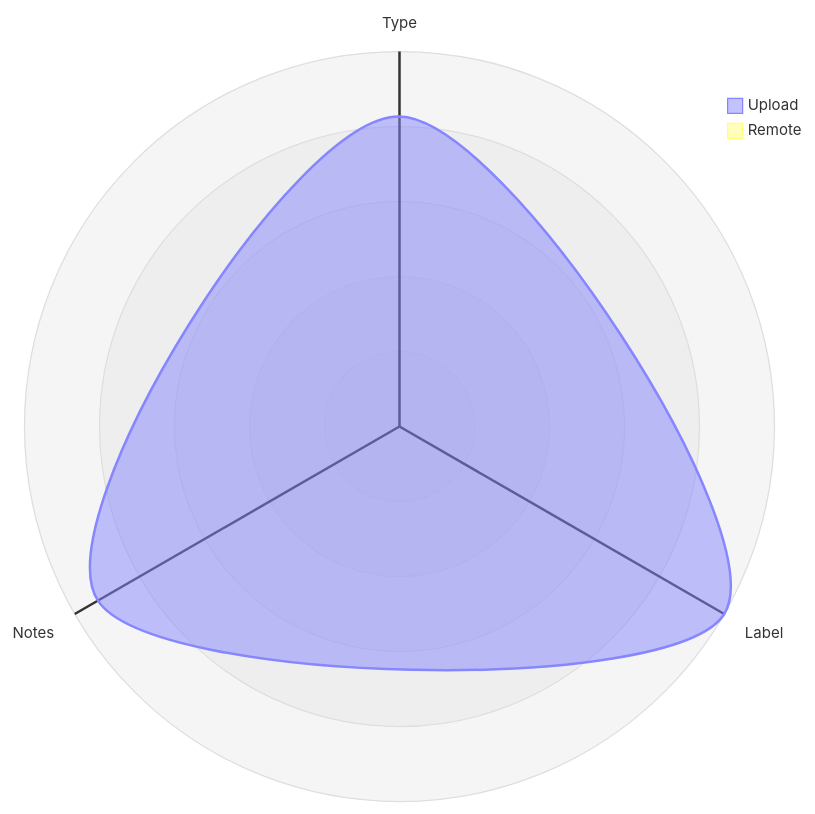
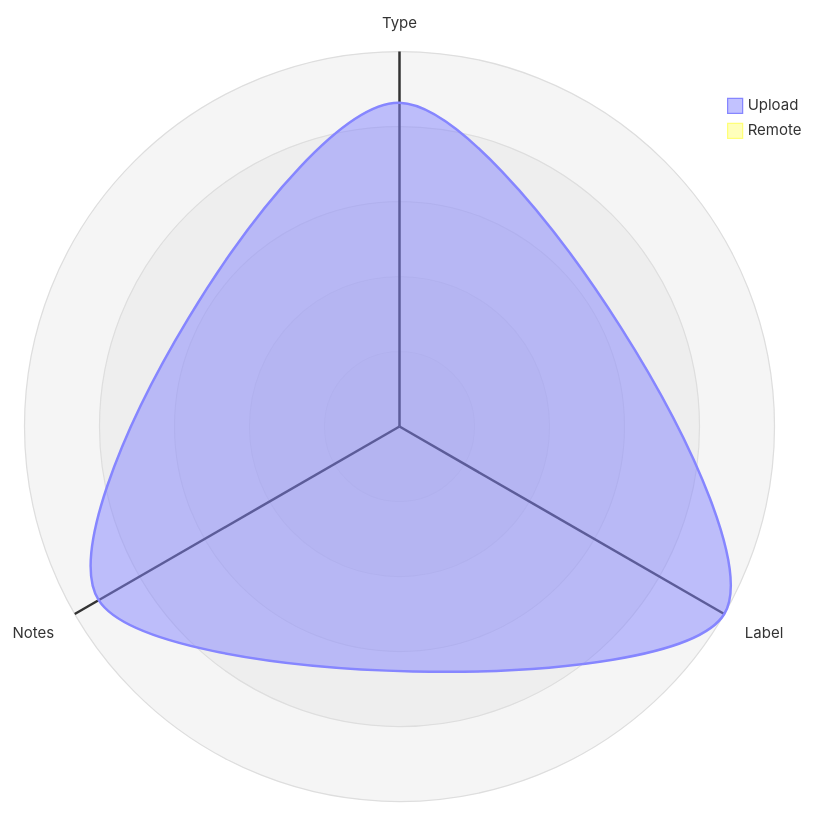
Before and after one commit to open-data/analytics-corporate-reporting: the third of 5 diagrams in datastore_tracker/README.md, drawn with Mermaid. The commit also changed other lines of this file and 8 other files, not shown here.

````diff
--- a/datastore_tracker/README.md
+++ b/datastore_tracker/README.md
@@ -106,12 +106,12 @@
 ```mermaid
 radar-beta
   axis T["Type"], L["Label"], N["Notes"]
-  curve u["Upload"]{0.00081, 0.00098, 0.00091}
+  curve u["Upload"]{0.00082, 0.00095, 0.00088}
   curve r["Remote"]{0, 0, 0}
 
   showLegend true
 
   min 0
   graticule circle
   ticks 5
 ```
````
